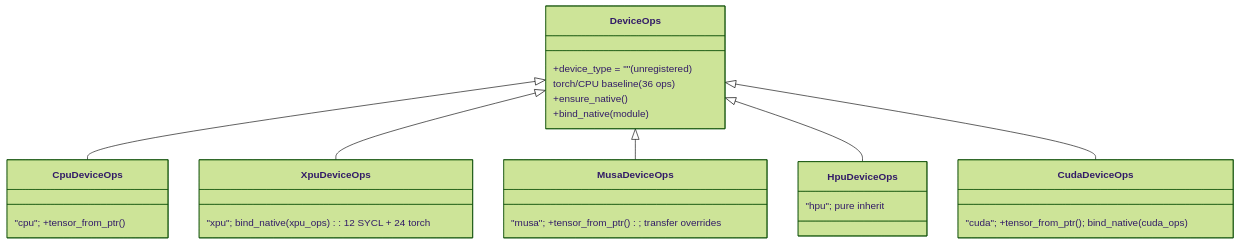
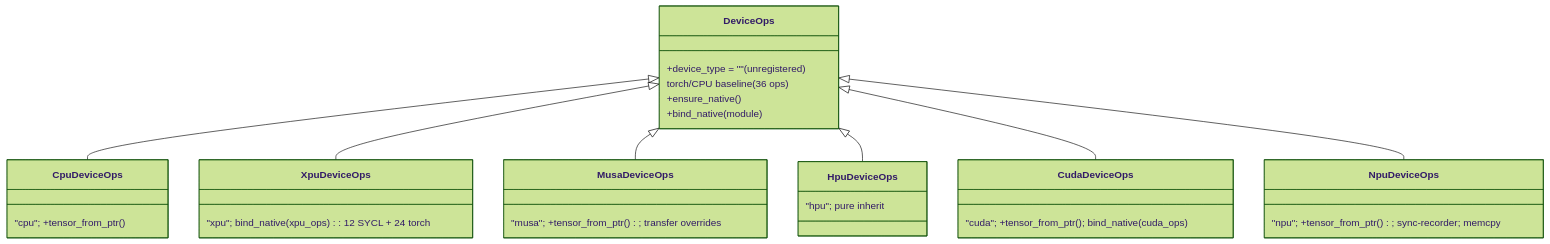
The diagram in docs/design/v1/platform/device_ops_design.md (LMCache/LMCache), drawn with Mermaid (forest theme) before and after one commit. The commit also changed other lines of this file and 19 other files, not shown here.

````diff
--- a/docs/design/v1/platform/device_ops_design.md
+++ b/docs/design/v1/platform/device_ops_design.md
@@ -163,19 +163,21 @@
 ```mermaid
 classDiagram
     DeviceOps <|-- CpuDeviceOps
     DeviceOps <|-- XpuDeviceOps
     DeviceOps <|-- MusaDeviceOps
     DeviceOps <|-- HpuDeviceOps
     DeviceOps <|-- CudaDeviceOps
+    DeviceOps <|-- NpuDeviceOps
     class DeviceOps {
       +device_type = "" (unregistered)
       torch/CPU baseline (36 ops)
       +ensure_native()
       +bind_native(module)
     }
     class CpuDeviceOps { "cpu"; +tensor_from_ptr() }
     class CudaDeviceOps { "cuda"; +tensor_from_ptr(); bind_native(cuda_ops) }
     class XpuDeviceOps { "xpu"; bind_native(xpu_ops): 12 SYCL + 24 torch }
     class MusaDeviceOps { "musa"; +tensor_from_ptr(); transfer overrides }
+    class NpuDeviceOps { "npu"; +tensor_from_ptr(); sync-recorder; memcpy }
     class HpuDeviceOps { "hpu"; pure inherit }
 ```
````
